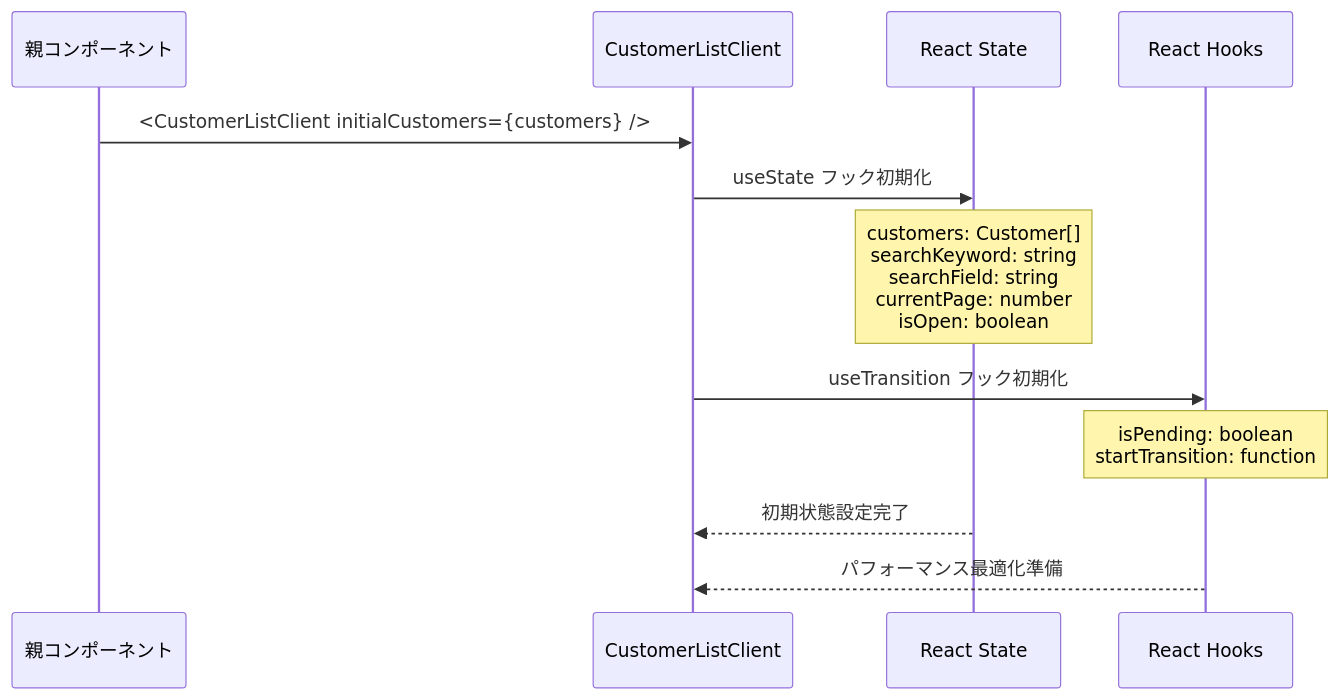
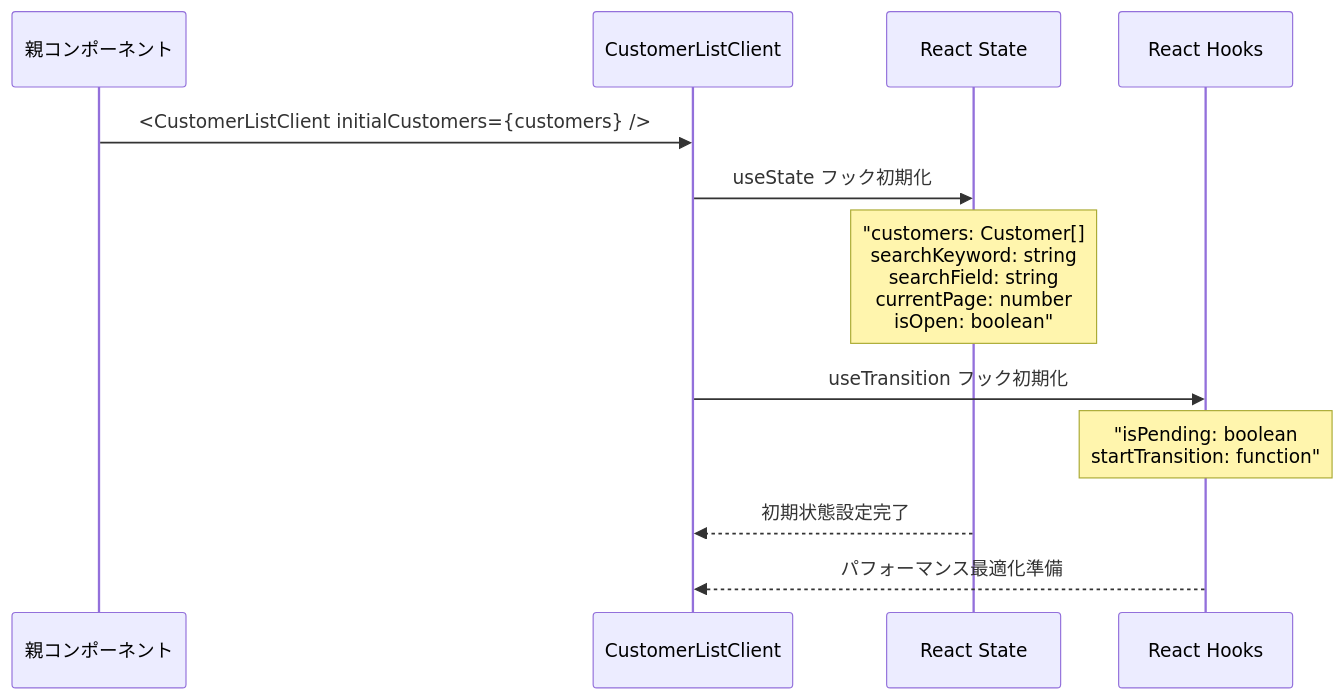
The first of 11 diagrams in document/components/sequence/CustomerListClient.md (wasabi49/ocs-systemDevelopmentExercises), drawn with Mermaid before and after one commit. The commit also changed other lines of this file and 42 other files, not shown here.

First line of the commit message:
fix: mermaidシーケンス図のNote over文でダブルクォーテーション不足を修正

````diff
--- a/document/components/sequence/CustomerListClient.md
+++ b/document/components/sequence/CustomerListClient.md
@@ -8,17 +8,17 @@
 ```mermaid
 sequenceDiagram
     participant Parent as 親コンポーネント
     participant Client as CustomerListClient
     participant State as React State
     participant Hooks as React Hooks
 
     Parent->>Client: <CustomerListClient initialCustomers={customers} />
     Client->>State: useState フック初期化
-    Note over State: customers: Customer[]<br/>searchKeyword: string<br/>searchField: string<br/>currentPage: number<br/>isOpen: boolean
+    Note over State: "customers: Customer[]<br/>searchKeyword: string<br/>searchField: string<br/>currentPage: number<br/>isOpen: boolean"
     
     Client->>Hooks: useTransition フック初期化
-    Note over Hooks: isPending: boolean<br/>startTransition: function
+    Note over Hooks: "isPending: boolean<br/>startTransition: function"
     
     State-->>Client: 初期状態設定完了
     Hooks-->>Client: パフォーマンス最適化準備
 ```
````
